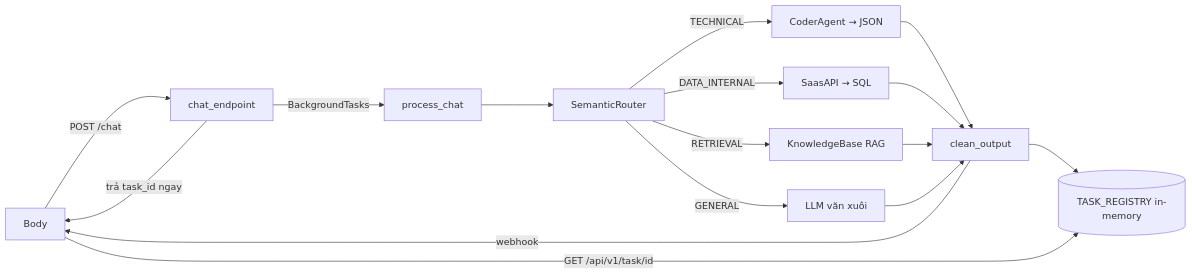
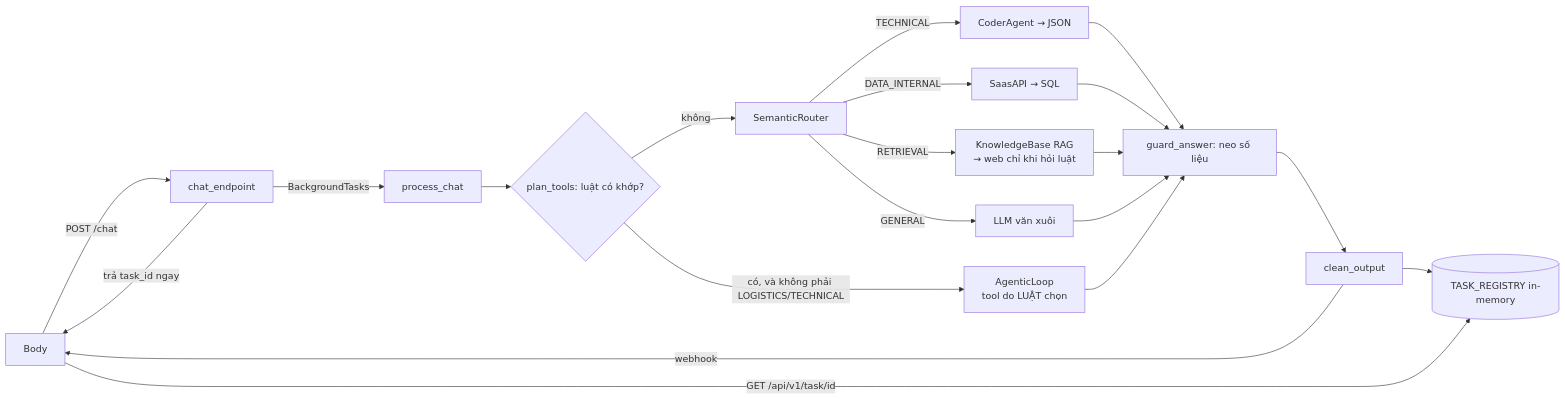
Before and after one commit to PCBoiz/ANSER_AI: the first of 4 diagrams in ARCHITECTURE.md, drawn with Mermaid. The commit also changed other lines of this file and 12 other files, not shown here.

First line of the commit message:
feat(chat): noi RAG va vong agentic vao duong phuc vu, va bo viec model chon tool

````diff
--- a/ARCHITECTURE.md
+++ b/ARCHITECTURE.md
@@ -105,15 +107,18 @@
 ```mermaid
 flowchart LR
     A[Body] -->|POST /chat| B[chat_endpoint]
     B -->|trả task_id ngay| A
     B -->|BackgroundTasks| C[process_chat]
-    C --> D[SemanticRouter]
+    C --> P{plan_tools: luật có khớp?}
+    P -->|có, và không phải LOGISTICS/TECHNICAL| K[AgenticLoop<br/>tool do LUẬT chọn]
+    P -->|không| D[SemanticRouter]
     D -->|TECHNICAL| E[CoderAgent → JSON]
     D -->|DATA_INTERNAL| F[SaasAPI → SQL]
-    D -->|RETRIEVAL| G[KnowledgeBase RAG]
+    D -->|RETRIEVAL| G[KnowledgeBase RAG<br/>→ web chỉ khi hỏi luật]
     D -->|GENERAL| H[LLM văn xuôi]
-    E & F & G & H --> I[clean_output]
+    E & F & G & H & K --> Z[guard_answer: neo số liệu]
+    Z --> I[clean_output]
     I -->|webhook| A
     I --> J[(TASK_REGISTRY in-memory)]
     A -->|GET /api/v1/task/id| J
 ```
````
